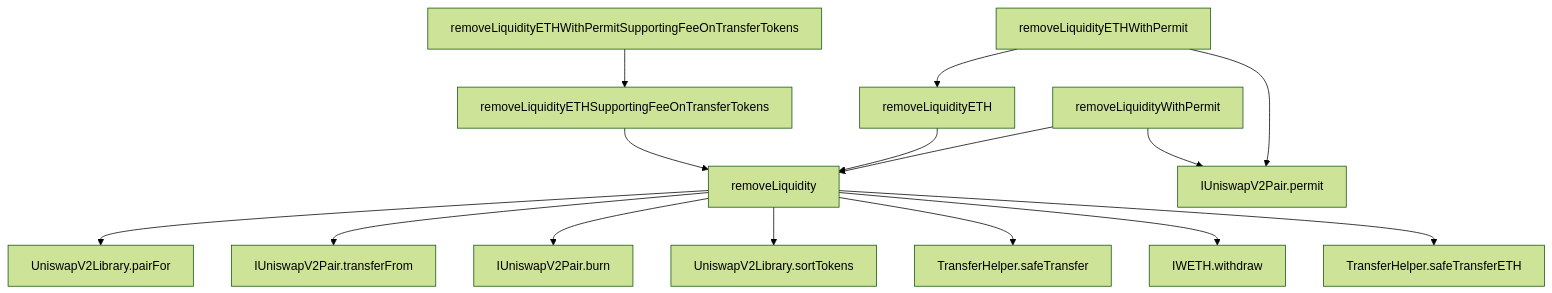
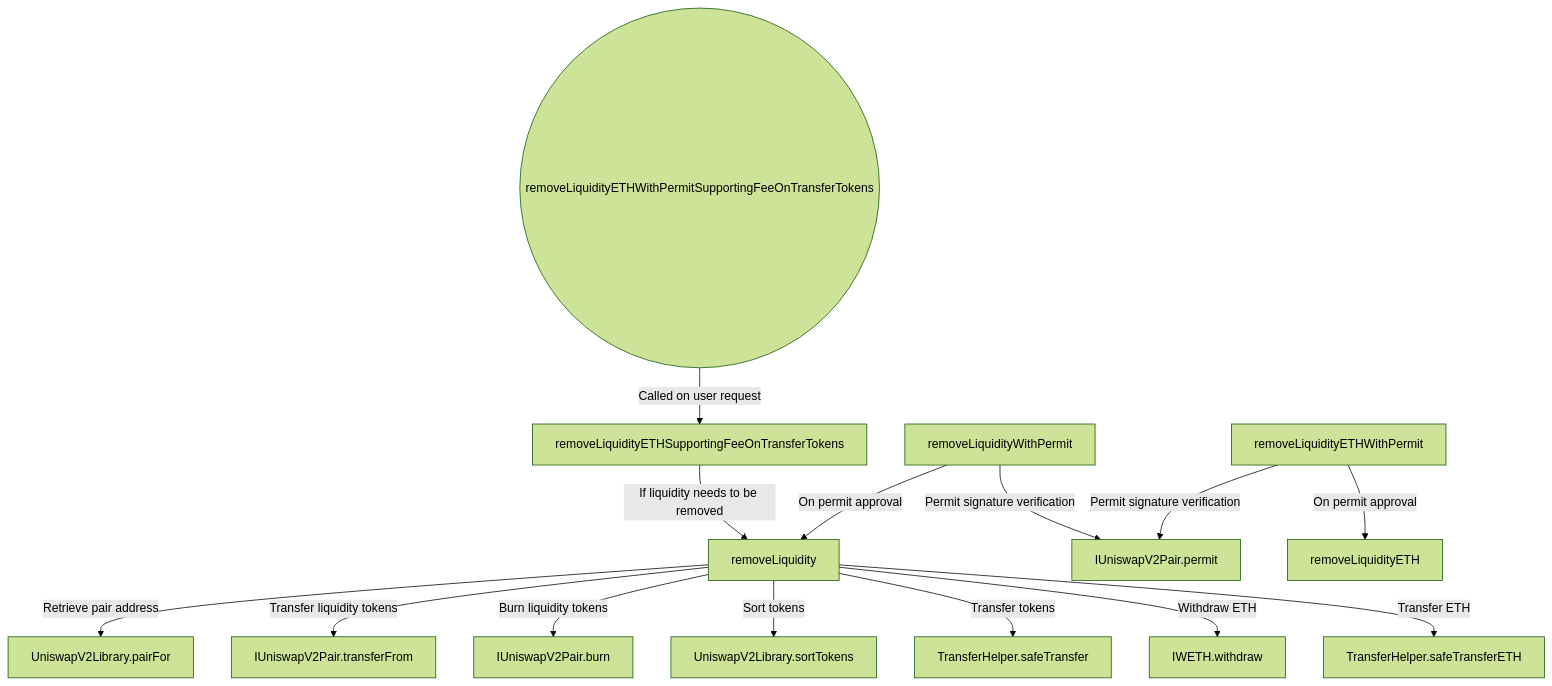
One commit to sarvagnakadiya/uniswap-clone changed the diagram in README.md. Above: the diagram before and after it, drawn with Mermaid (forest theme).

````diff
--- a/README.md
+++ b/README.md
@@ -39,18 +39,18 @@
 ```mermaid
 graph TD;
-    removeLiquidityETHWithPermitSupportingFeeOnTransferTokens --> removeLiquidityETHSupportingFeeOnTransferTokens;
-    removeLiquidityETHSupportingFeeOnTransferTokens --> removeLiquidity;
-    removeLiquidityETH --> removeLiquidity;
-    removeLiquidity --> UniswapV2Library.pairFor;
-    removeLiquidity --> IUniswapV2Pair.transferFrom;
-    removeLiquidity --> IUniswapV2Pair.burn;
-    removeLiquidity --> UniswapV2Library.sortTokens;
-    removeLiquidity --> TransferHelper.safeTransfer;
-    removeLiquidity --> IWETH.withdraw;
-    removeLiquidity --> TransferHelper.safeTransferETH;
-    removeLiquidityWithPermit --> removeLiquidity;
-    removeLiquidityWithPermit --> IUniswapV2Pair.permit;
-    removeLiquidityETHWithPermit --> removeLiquidityETH;
-    removeLiquidityETHWithPermit --> IUniswapV2Pair.permit;
+    removeLiquidityETHWithPermitSupportingFeeOnTransferTokens((removeLiquidityETHWithPermitSupportingFeeOnTransferTokens)) -->|Called on user request| removeLiquidityETHSupportingFeeOnTransferTokens;
+    removeLiquidityETHSupportingFeeOnTransferTokens -->|If liquidity needs to be removed| removeLiquidity;
+    removeLiquidity -->|Retrieve pair address| UniswapV2Library.pairFor;
+    removeLiquidity -->|Transfer liquidity tokens| IUniswapV2Pair.transferFrom;
+    removeLiquidity -->|Burn liquidity tokens| IUniswapV2Pair.burn;
+    removeLiquidity -->|Sort tokens| UniswapV2Library.sortTokens;
+    removeLiquidity -->|Transfer tokens| TransferHelper.safeTransfer;
+    removeLiquidity -->|Withdraw ETH| IWETH.withdraw;
+    removeLiquidity -->|Transfer ETH| TransferHelper.safeTransferETH;
+    removeLiquidityWithPermit -->|On permit approval| removeLiquidity;
+    removeLiquidityWithPermit -->|Permit signature verification| IUniswapV2Pair.permit;
+    removeLiquidityETHWithPermit -->|On permit approval| removeLiquidityETH;
+    removeLiquidityETHWithPermit -->|Permit signature verification| IUniswapV2Pair.permit;
+
 
 ```
````
